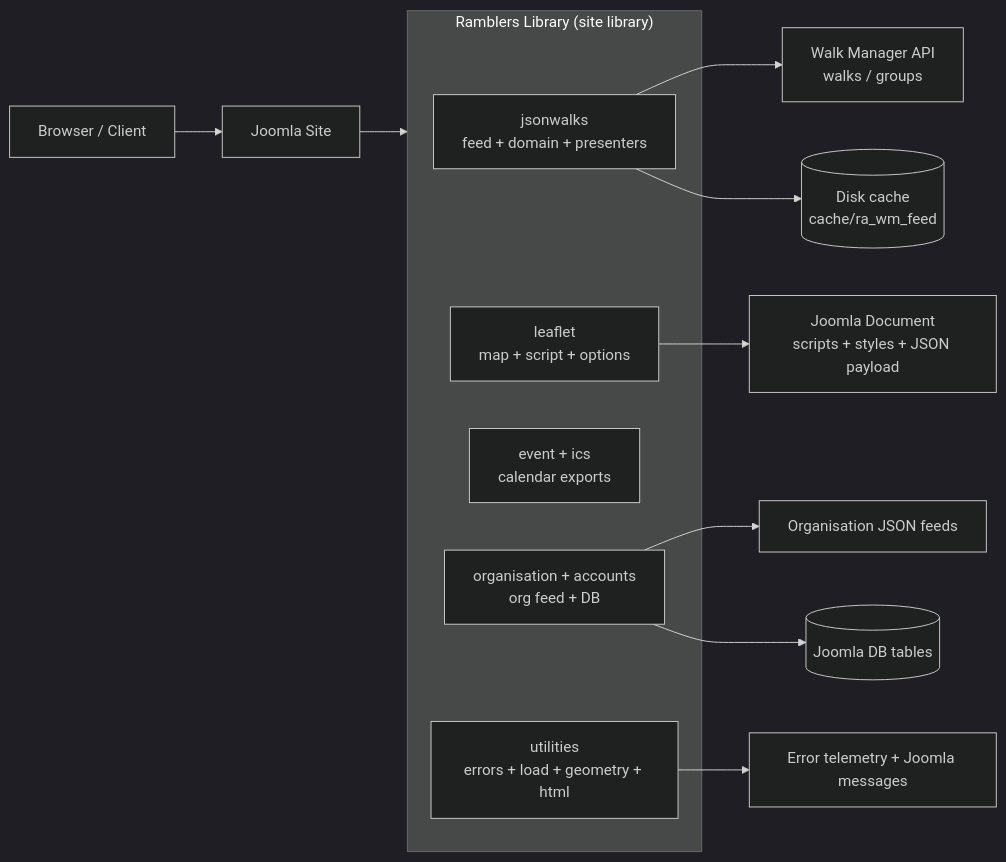
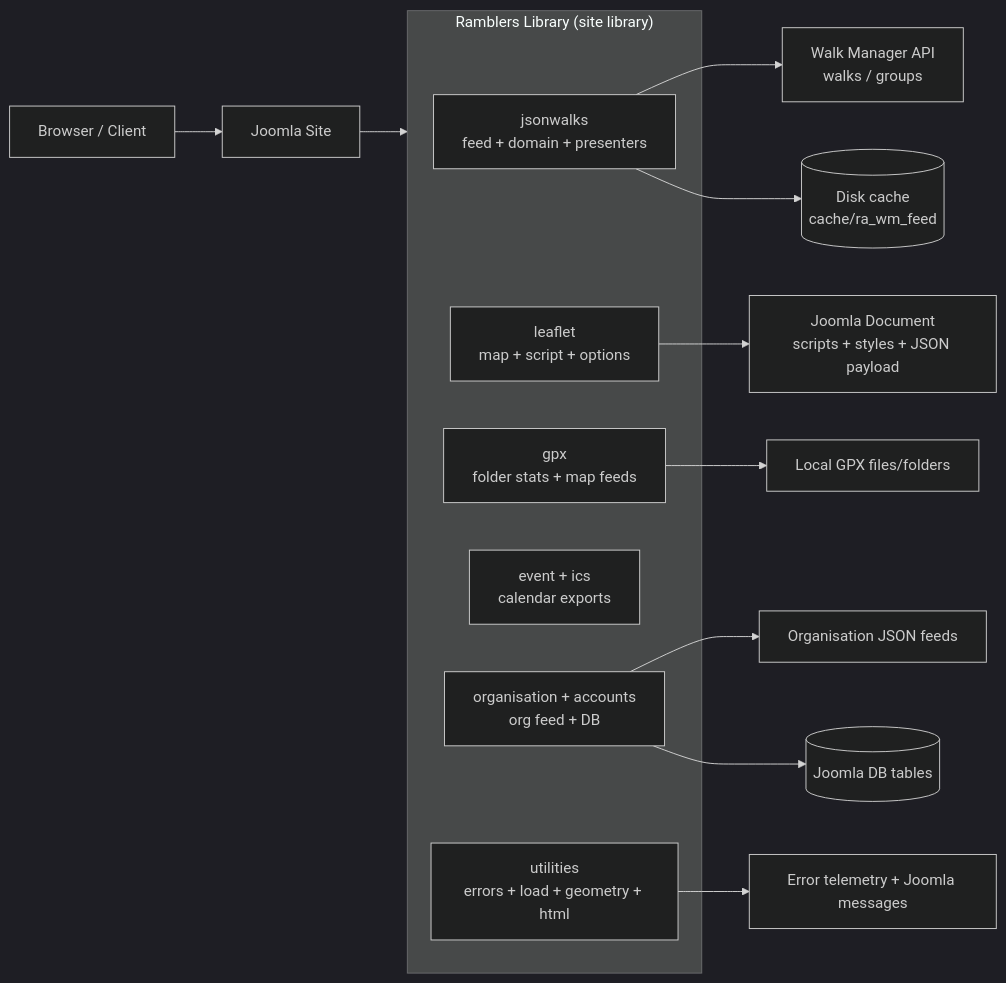
Before and after one commit to pauljrhodes/ramblers-library: the third of 15 diagrams in architecture.md, drawn with Mermaid (dark theme). The commit also changed other lines of this file and 32 other files, not shown here.

````diff
--- a/architecture.md
+++ b/architecture.md
@@ -309,21 +321,23 @@
 ```mermaid
 flowchart LR
   Client[Browser / Client] --> Joomla[Joomla Site]
 
   subgraph RL["Ramblers Library (site library)"]
     JW[jsonwalks\nfeed + domain + presenters]
     LF[leaflet\nmap + script + options]
+    GPX[gpx\nfolder stats + map feeds]
     EV[event + ics\ncalendar exports]
     ORG[organisation + accounts\norg feed + DB]
     UTIL[utilities\nerrors + load + geometry + html]
   end
 
   Joomla --> RL
 
   JW --> WMAPI[Walk Manager API\nwalks / groups]
   ORG --> ORGFEED[Organisation JSON feeds]
   JW --> Cache[(Disk cache\ncache/ra_wm_feed)]
+  GPX --> GPXFS[Local GPX files/folders]
   ORG --> DB[(Joomla DB tables)]
   LF --> JoomlaDoc[Joomla Document\nscripts + styles + JSON payload]
   UTIL --> Log[Error telemetry + Joomla messages]
 ```
````
